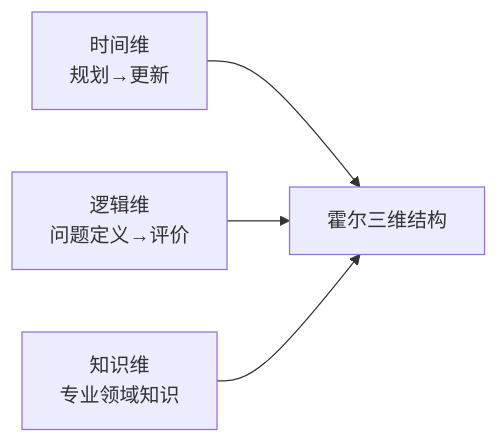
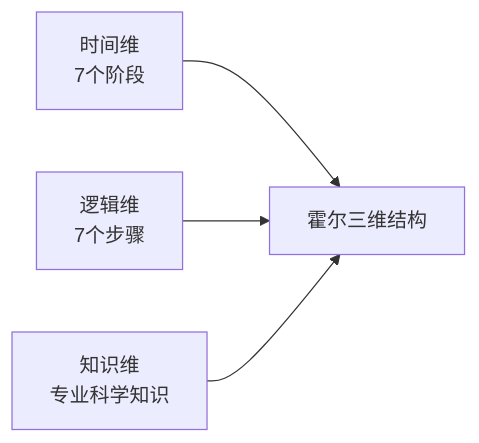
Before and after one commit to workingmin/system-analyst: the diagram in points/第01章—绪论.md, drawn with Mermaid. The commit also changed other lines of this file and 5 other files, not shown here.

````diff
--- a/points/第01章—绪论.md
+++ b/points/第01章—绪论.md
@@ -125,6 +230,6 @@
 ```mermaid
 graph LR
-    T[时间维<br/>规划→更新] --> H[霍尔三维结构]
-    L[逻辑维<br/>问题定义→评价] --> H
-    K[知识维<br/>专业领域知识] --> H
+    T[时间维<br/>7个阶段] --> H[霍尔三维结构]
+    L[逻辑维<br/>7个步骤] --> H
+    K[知识维<br/>专业科学知识] --> H
 ```
````
